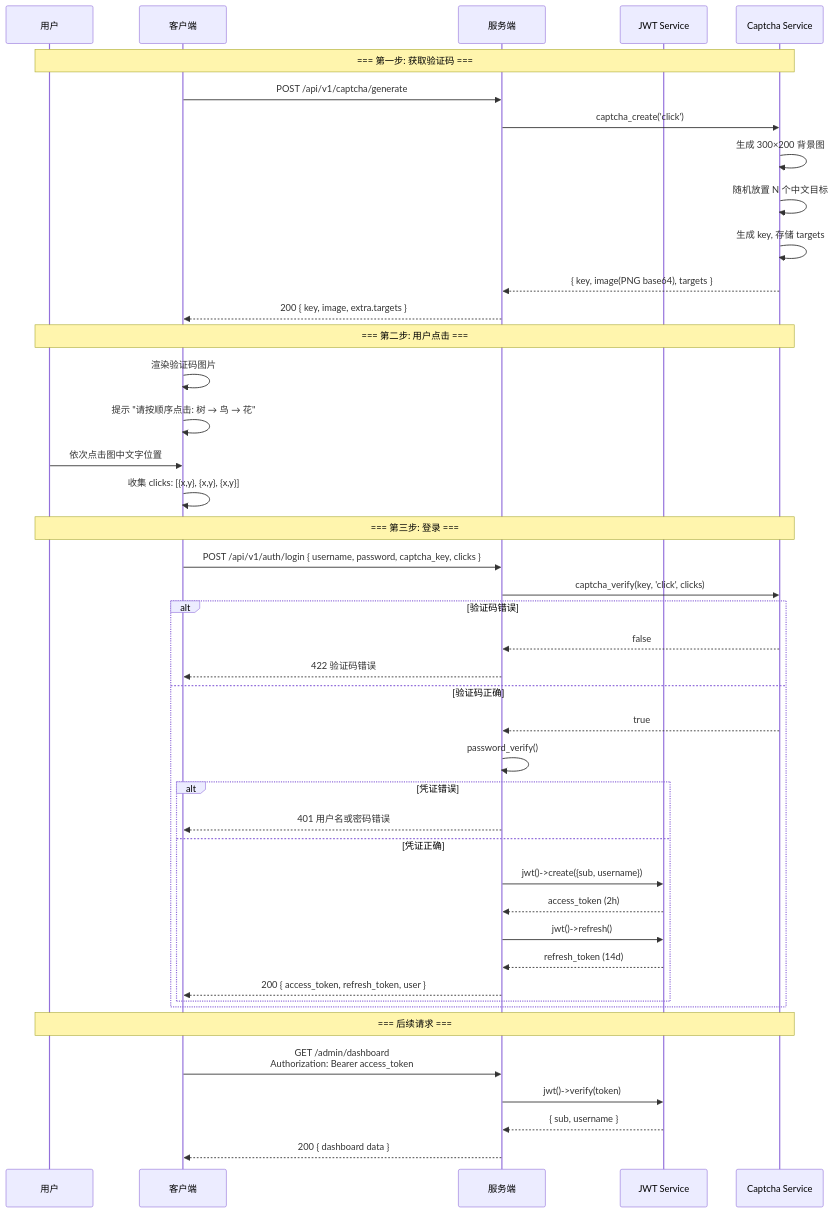
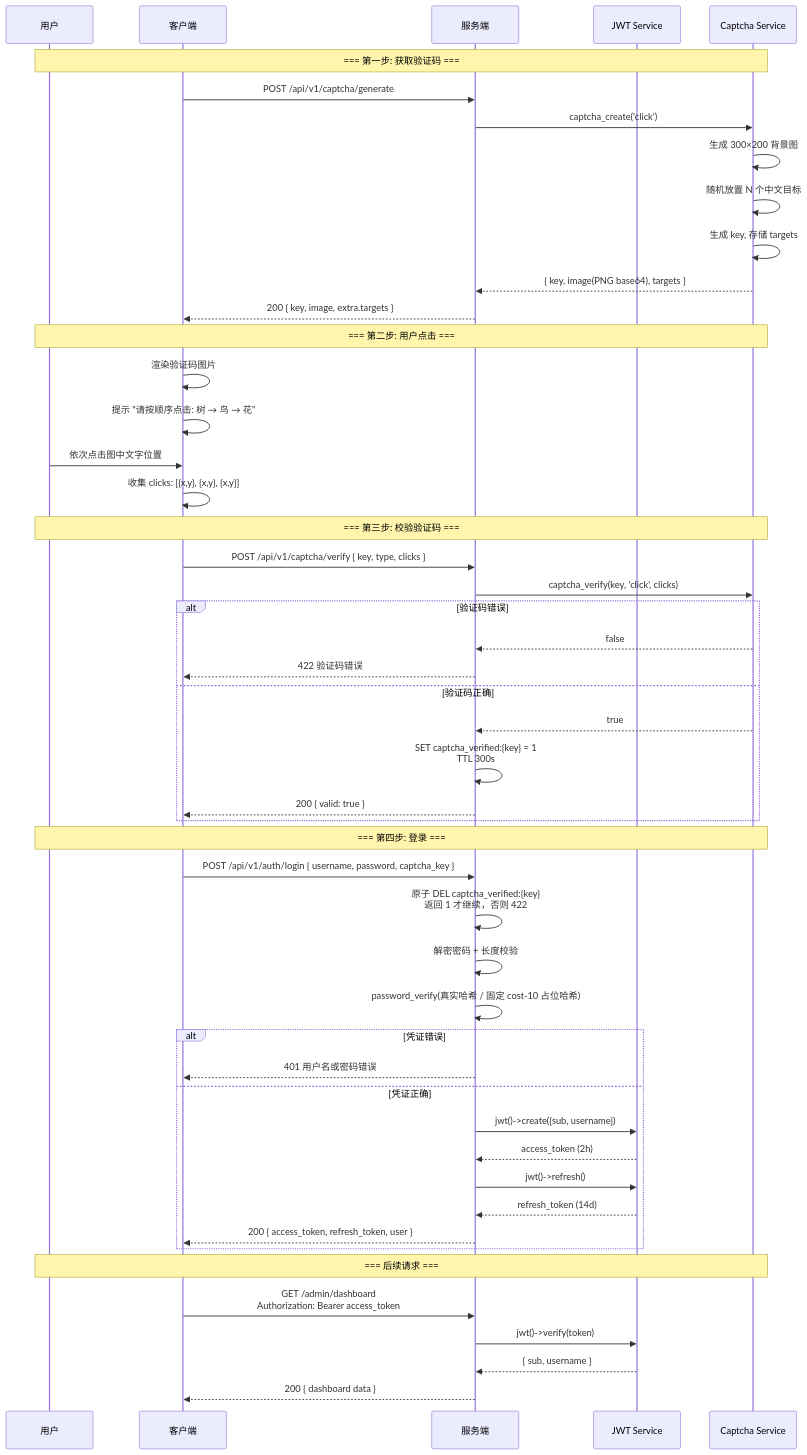
One commit to erikwang2013/open-admin changed the fourth of 14 diagrams in docs/ARCHITECTURE.md. Above: the diagram before and after it, drawn with Mermaid. The commit also changed other lines of this file and 62 other files, not shown here.

````diff
--- a/docs/ARCHITECTURE.md
+++ b/docs/ARCHITECTURE.md
@@ -216,49 +220,56 @@
 ```mermaid
 sequenceDiagram
     participant U as 用户
     participant CL as 客户端
     participant SV as 服务端
     participant JWT as JWT Service
     participant CAP as Captcha Service
 
     Note over U,CAP: === 第一步: 获取验证码 ===
     CL->>SV: POST /api/v1/captcha/generate
     SV->>CAP: captcha_create('click')
     CAP->>CAP: 生成 300×200 背景图
     CAP->>CAP: 随机放置 N 个中文目标
     CAP->>CAP: 生成 key, 存储 targets
     CAP-->>SV: { key, image(PNG base64), targets }
     SV-->>CL: 200 { key, image, extra.targets }
 
     Note over U,CAP: === 第二步: 用户点击 ===
     CL->>CL: 渲染验证码图片
     CL->>CL: 提示 "请按顺序点击: 树 → 鸟 → 花"
     U->>CL: 依次点击图中文字位置
     CL->>CL: 收集 clicks: [{x,y}, {x,y}, {x,y}]
 
-    Note over U,CAP: === 第三步: 登录 ===
-    CL->>SV: POST /api/v1/auth/login { username, password, captcha_key, clicks }
+    Note over U,CAP: === 第三步: 校验验证码 ===
+    CL->>SV: POST /api/v1/captcha/verify { key, type, clicks }
     SV->>CAP: captcha_verify(key, 'click', clicks)
     alt 验证码错误
         CAP-->>SV: false
         SV-->>CL: 422 验证码错误
     else 验证码正确
         CAP-->>SV: true
-        SV->>SV: password_verify()
-        alt 凭证错误
-            SV-->>CL: 401 用户名或密码错误
-        else 凭证正确
-            SV->>JWT: jwt()->create({sub, username})
-            JWT-->>SV: access_token (2h)
-            SV->>JWT: jwt()->refresh()
-            JWT-->>SV: refresh_token (14d)
-            SV-->>CL: 200 { access_token, refresh_token, user }
-        end
+        SV->>SV: SET captcha_verified:{key} = 1<br/>TTL 300s
+        SV-->>CL: 200 { valid: true }
+    end
+
+    Note over U,CAP: === 第四步: 登录 ===
+    CL->>SV: POST /api/v1/auth/login { username, password, captcha_key }
+    SV->>SV: 原子 DEL captcha_verified:{key}<br/>返回 1 才继续，否则 422
+    SV->>SV: 解密密码 + 长度校验
+    SV->>SV: password_verify(真实哈希 / 固定 cost-10 占位哈希)
+    alt 凭证错误
+        SV-->>CL: 401 用户名或密码错误
+    else 凭证正确
+        SV->>JWT: jwt()->create({sub, username})
+        JWT-->>SV: access_token (2h)
+        SV->>JWT: jwt()->refresh()
+        JWT-->>SV: refresh_token (14d)
+        SV-->>CL: 200 { access_token, refresh_token, user }
     end
 
     Note over U,CAP: === 后续请求 ===
     CL->>SV: GET /admin/dashboard<br/>Authorization: Bearer access_token
     SV->>JWT: jwt()->verify(token)
     JWT-->>SV: { sub, username }
     SV-->>CL: 200 { dashboard data }
 ```
````
